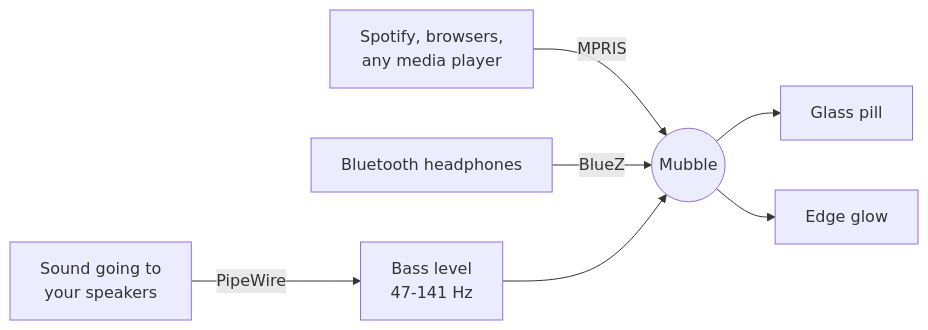
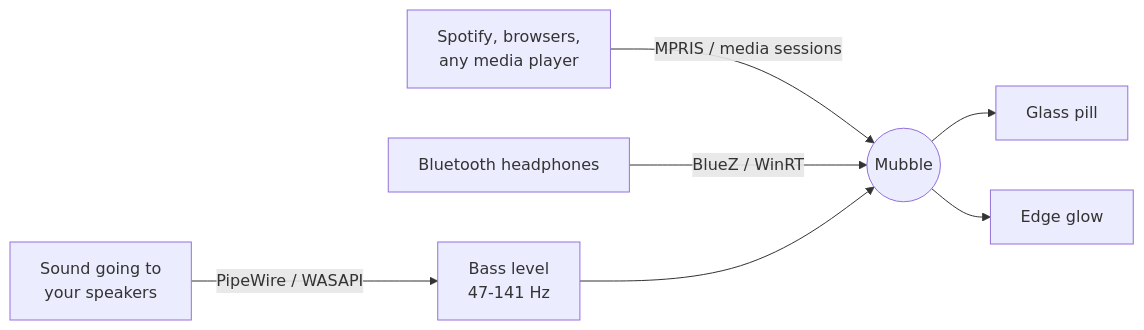
The diagram in README.md (yeakiniqra/Mubble), drawn with Mermaid before and after one commit. The commit also changed other lines of this file and 11 other files, not shown here.

Commit message:
feat: Add Windows support for Mubble with media session and Bluetooth integration

````diff
--- a/README.md
+++ b/README.md
@@ -139,8 +156,8 @@
 ```mermaid
 flowchart LR
-    P["Spotify, browsers,<br>any media player"] -- MPRIS --> M(("Mubble"))
-    B["Bluetooth headphones"] -- BlueZ --> M
-    S["Sound going to<br>your speakers"] -- PipeWire --> F["Bass level<br>47-141 Hz"] --> M
+    P["Spotify, browsers,<br>any media player"] -- "MPRIS / media sessions" --> M(("Mubble"))
+    B["Bluetooth headphones"] -- "BlueZ / WinRT" --> M
+    S["Sound going to<br>your speakers"] -- "PipeWire / WASAPI" --> F["Bass level<br>47-141 Hz"] --> M
     M --> Pill["Glass pill"]
     M --> Glow["Edge glow"]
 ```
````
